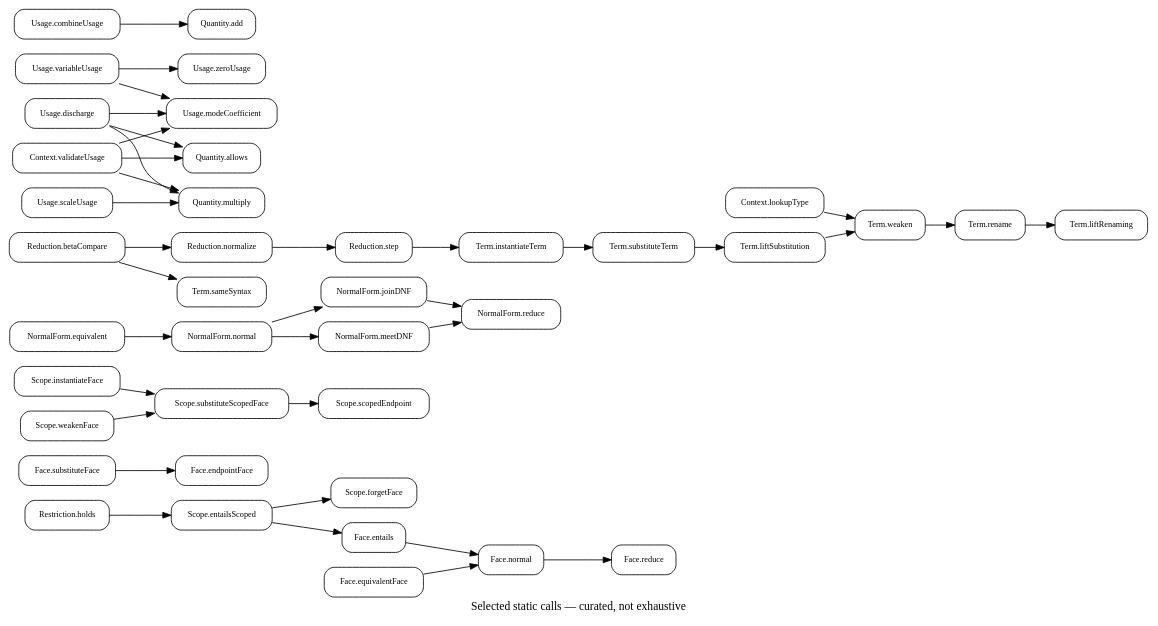
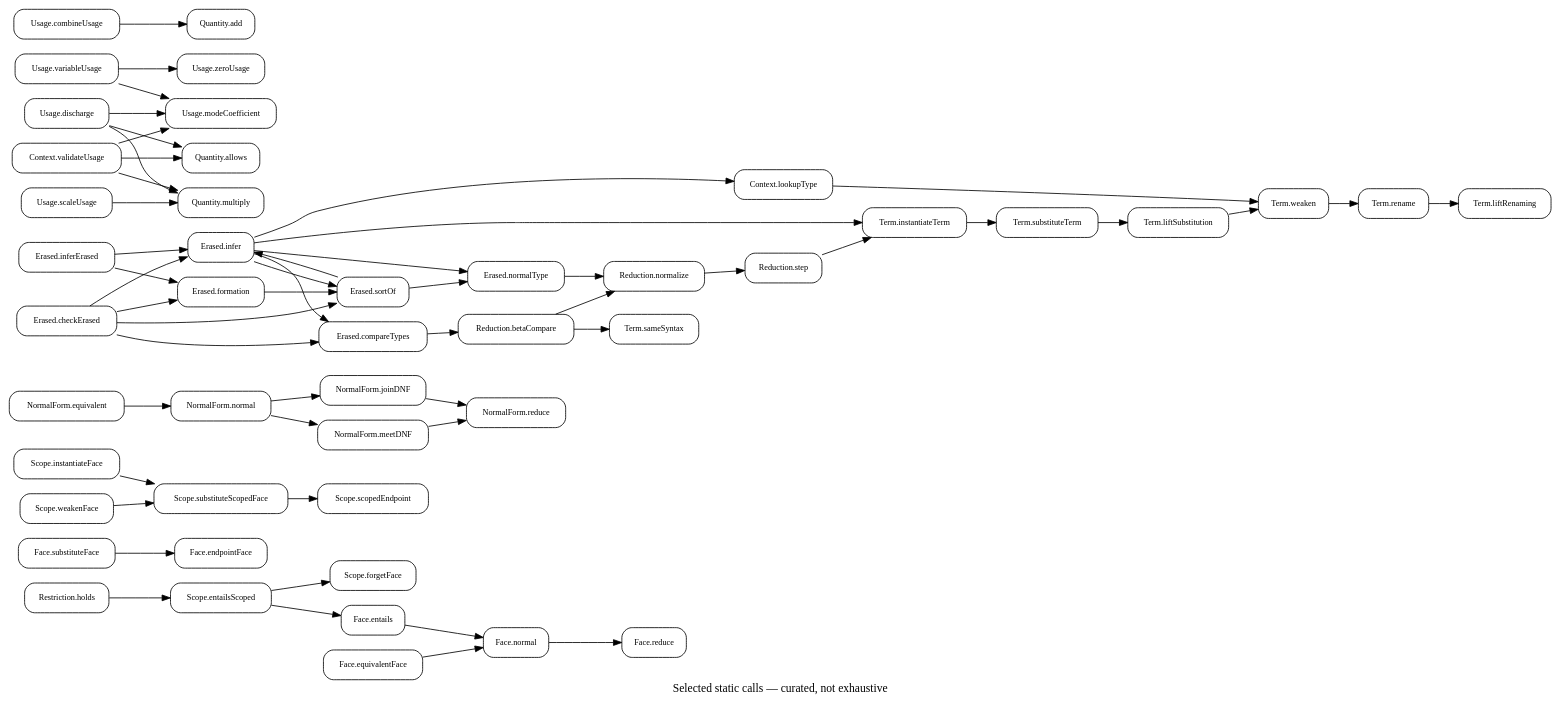
Before and after one commit to odunboye/fibril: the diagram in docs/diagrams/calls.dot, drawn with Graphviz. The commit also changed 18 other files, not shown here.

```diff
--- a/docs/diagrams/calls.dot
+++ b/docs/diagrams/calls.dot
@@ -1,29 +1,36 @@
 digraph Calls {
 rankdir=LR; node [shape=box,style=rounded,fontsize=10];
 "Restriction.holds" -> "Scope.entailsScoped";
 "Scope.entailsScoped" -> {"Scope.forgetFace" "Face.entails"};
 "Face.entails" -> "Face.normal"; "Face.equivalentFace" -> "Face.normal";
 "Face.normal" -> "Face.reduce";
 "Face.substituteFace" -> "Face.endpointFace";
 "Scope.substituteScopedFace" -> "Scope.scopedEndpoint";
 "Scope.instantiateFace" -> "Scope.substituteScopedFace";
 "Scope.weakenFace" -> "Scope.substituteScopedFace";
 "NormalForm.equivalent" -> "NormalForm.normal";
 "NormalForm.normal" -> {"NormalForm.joinDNF" "NormalForm.meetDNF"};
 "NormalForm.joinDNF" -> "NormalForm.reduce";
 "NormalForm.meetDNF" -> "NormalForm.reduce";
 "Term.instantiateTerm" -> "Term.substituteTerm";
 "Term.substituteTerm" -> "Term.liftSubstitution";
 "Term.liftSubstitution" -> "Term.weaken";
 "Term.weaken" -> "Term.rename"; "Term.rename" -> "Term.liftRenaming";
 "Usage.discharge" -> {"Usage.modeCoefficient" "Quantity.multiply" "Quantity.allows"};
 "Usage.variableUsage" -> {"Usage.modeCoefficient" "Usage.zeroUsage"};
 "Usage.combineUsage" -> "Quantity.add";
 "Usage.scaleUsage" -> "Quantity.multiply";
 "Context.lookupType" -> "Term.weaken";
 "Context.validateUsage" -> {"Usage.modeCoefficient" "Quantity.multiply" "Quantity.allows"};
 "Reduction.betaCompare" -> {"Reduction.normalize" "Term.sameSyntax"};
 "Reduction.normalize" -> "Reduction.step";
 "Reduction.step" -> "Term.instantiateTerm";
+"Erased.inferErased" -> {"Erased.formation" "Erased.infer"};
+"Erased.checkErased" -> {"Erased.formation" "Erased.sortOf" "Erased.infer" "Erased.compareTypes"};
+"Erased.formation" -> "Erased.sortOf";
+"Erased.infer" -> {"Context.lookupType" "Erased.sortOf" "Erased.normalType" "Erased.compareTypes" "Term.instantiateTerm"};
+"Erased.sortOf" -> {"Erased.infer" "Erased.normalType"};
+"Erased.normalType" -> "Reduction.normalize";
+"Erased.compareTypes" -> "Reduction.betaCompare";
 label="Selected static calls — curated, not exhaustive";
 }
```
